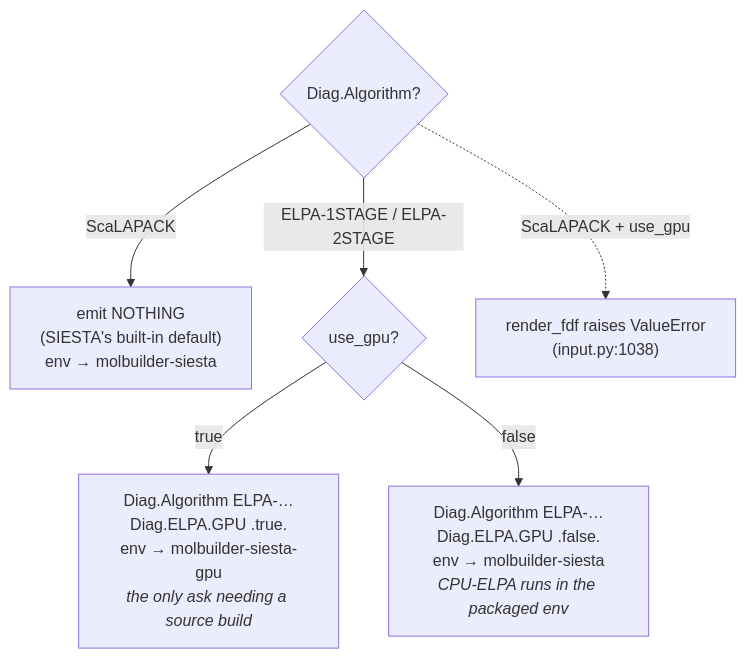
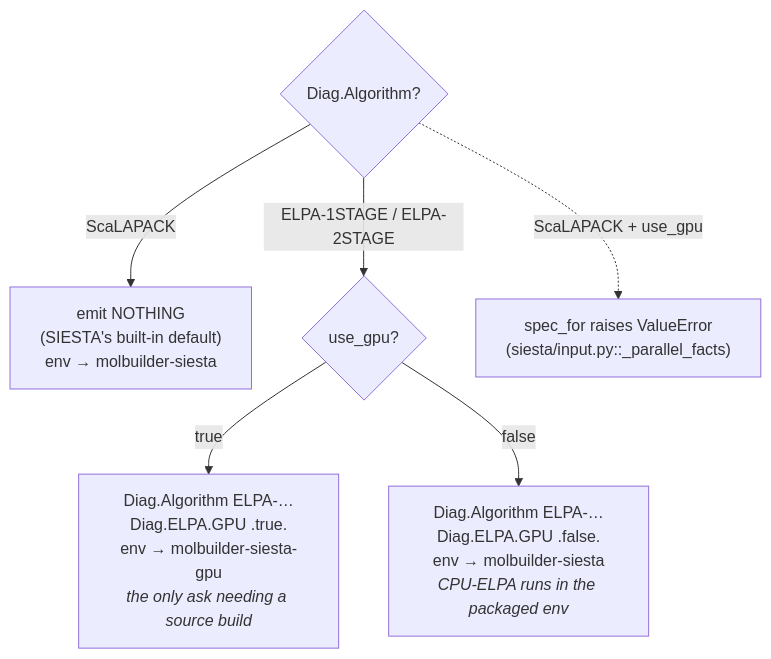
One commit to Qing-LAB/molbuilder changed the third of 3 diagrams in docs/engines/siesta.md. Above: the diagram before and after it, drawn with Mermaid. The commit also changed other lines of this file and 745 other files, not shown here.

````diff
--- a/docs/engines/siesta.md
+++ b/docs/engines/siesta.md
@@ -478,9 +495,9 @@
 ```mermaid
 flowchart TD
     A{"Diag.Algorithm?"}
     A -->|ScaLAPACK| S["emit NOTHING<br/>(SIESTA's built-in default)<br/>env → molbuilder-siesta"]
     A -->|"ELPA-1STAGE / ELPA-2STAGE"| G{"use_gpu?"}
     G -->|"true"| GPU["Diag.Algorithm ELPA-…<br/>Diag.ELPA.GPU .true.<br/>env → molbuilder-siesta-gpu<br/><i>the only ask needing a source build</i>"]
     G -->|"false"| CPU["Diag.Algorithm ELPA-…<br/>Diag.ELPA.GPU .false.<br/>env → molbuilder-siesta<br/><i>CPU-ELPA runs in the packaged env</i>"]
-    A -.->|"ScaLAPACK + use_gpu"| ERR["render_fdf raises ValueError<br/>(input.py:1038)"]
+    A -.->|"ScaLAPACK + use_gpu"| ERR["spec_for raises ValueError<br/>(siesta/input.py::_parallel_facts)"]
 ```
````
